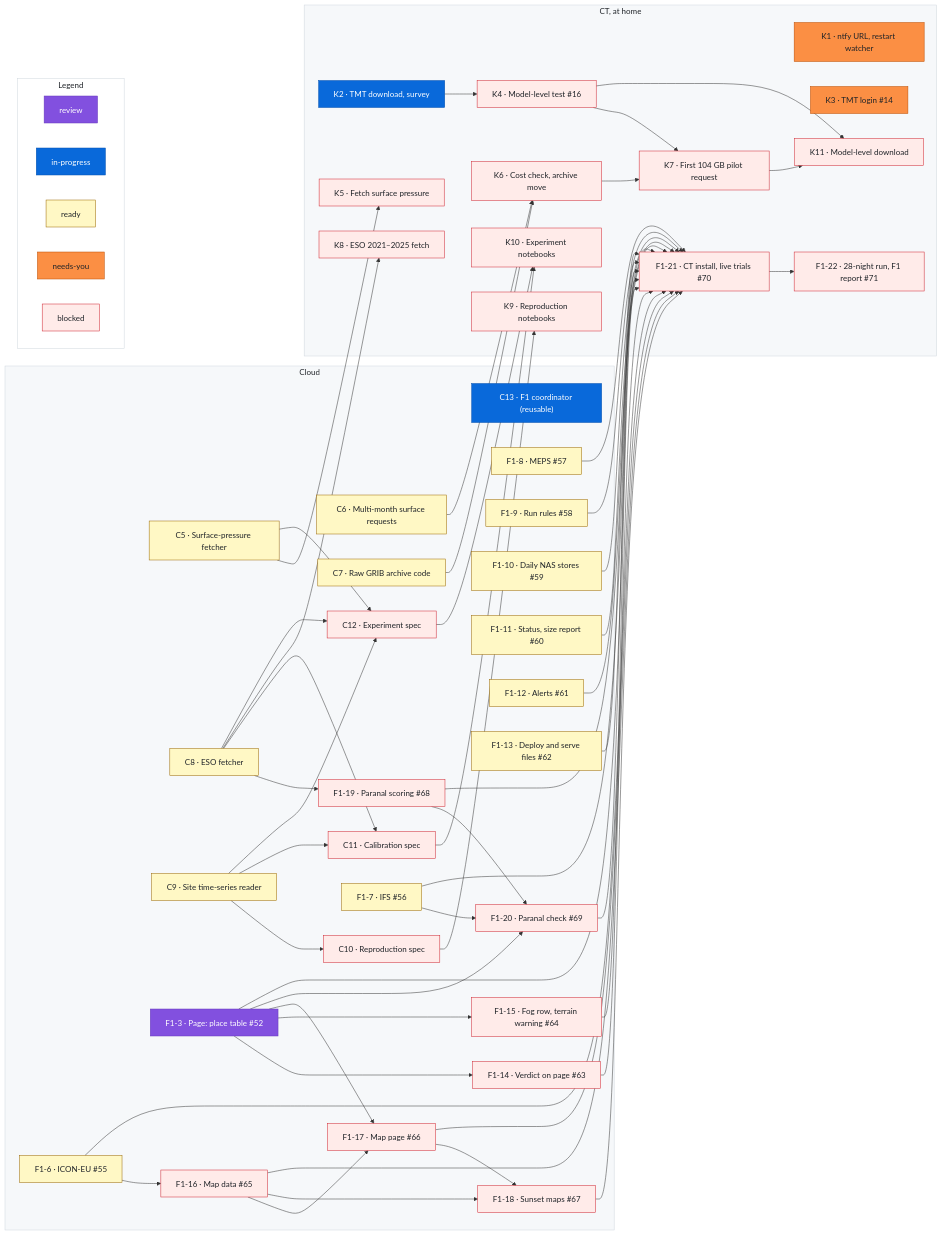
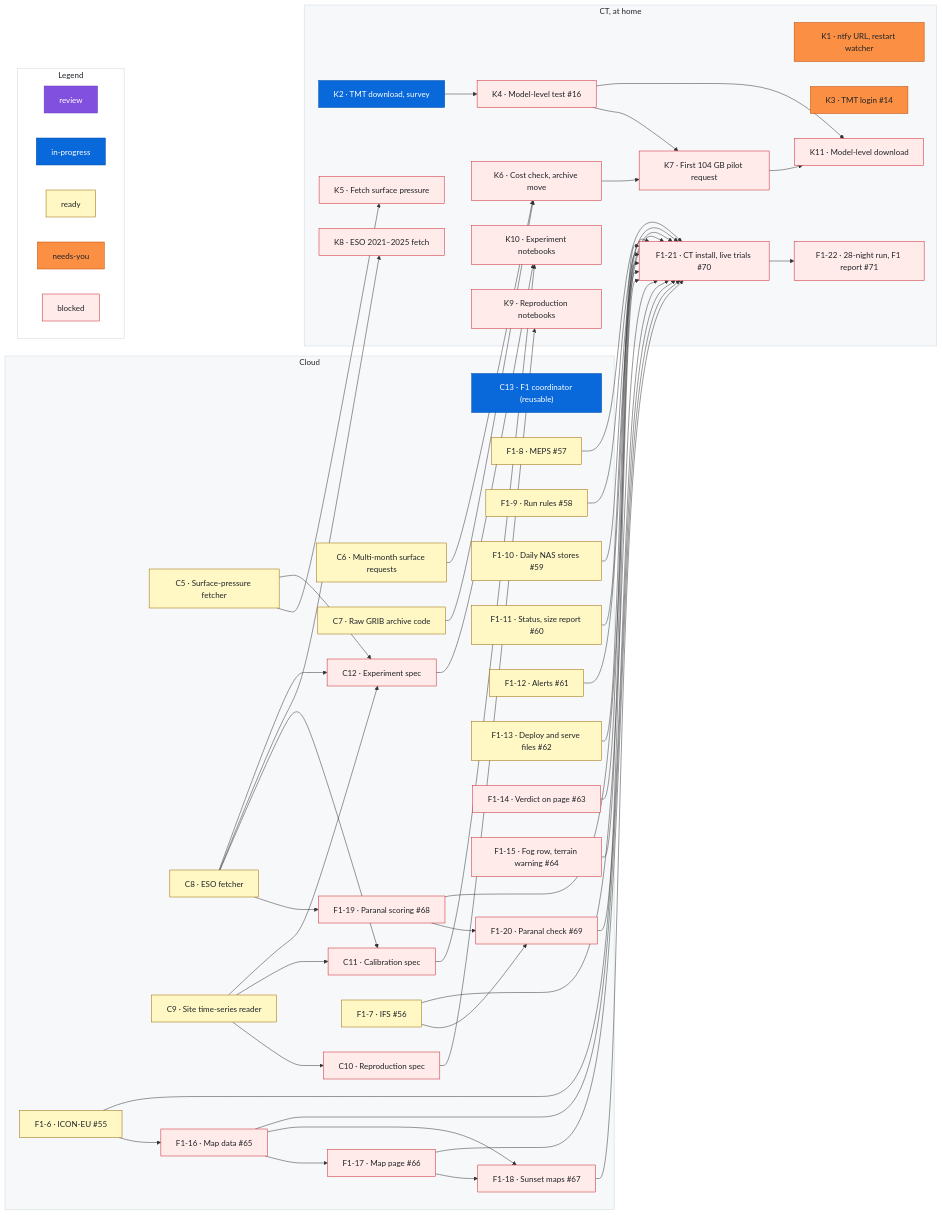
Before and after one commit to rrweller/Astro-seeing: the diagram in docs/roadmap.md, drawn with Mermaid. The commit also changed other lines of this file, not shown here.

Commit message:
roadmap: remove F1-3 (#79 merged)

```diff
--- a/docs/roadmap.md
+++ b/docs/roadmap.md
@@ -110,7 +108,6 @@
     C11["C11 · Calibration spec"]
     C12["C12 · Experiment spec"]
     C13["C13 · F1 coordinator (reusable)"]
-    F1_3["F1-3 · Page: place table #52"]
     F1_6["F1-6 · ICON-EU #55"]
     F1_7["F1-7 · IFS #56"]
     F1_8["F1-8 · MEPS #57"]
@@ -142,18 +139,13 @@
     F1_21["F1-21 · CT install, live trials #70"]
     F1_22["F1-22 · 28-night run, F1 report #71"]
   end
-  F1_3 --> F1_14
-  F1_3 --> F1_15
   F1_6 --> F1_16
-  F1_3 --> F1_17
   F1_16 --> F1_17
   F1_16 --> F1_18
   F1_17 --> F1_18
   C8 --> F1_19
-  F1_3 --> F1_20
   F1_7 --> F1_20
   F1_19 --> F1_20
-  F1_3 --> F1_21
   F1_6 --> F1_21
   F1_7 --> F1_21
   F1_8 --> F1_21
@@ -221,8 +213,6 @@
   %% ---
   class C13 inprogress
   %% ---
-  class F1_3 review
-  %% ---
   class F1_6 ready
   %% ---
   class F1_7 ready
```
